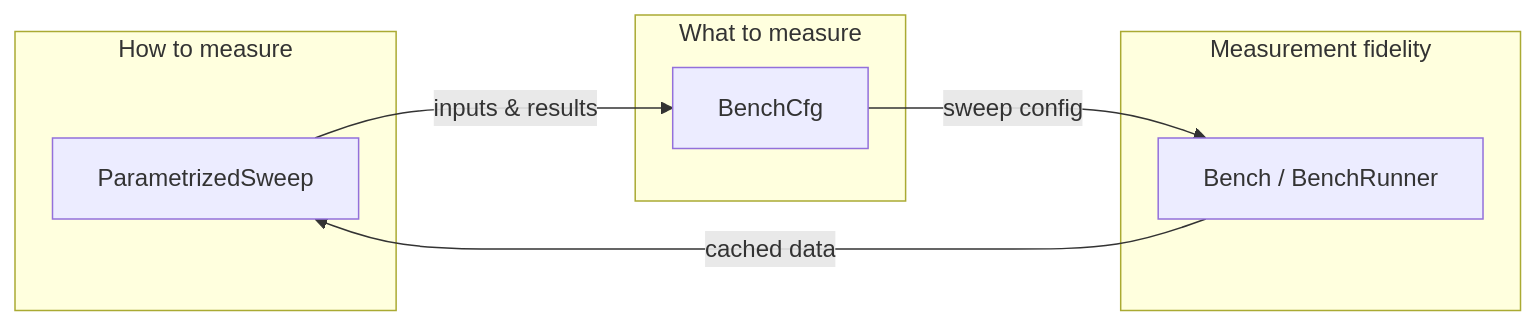
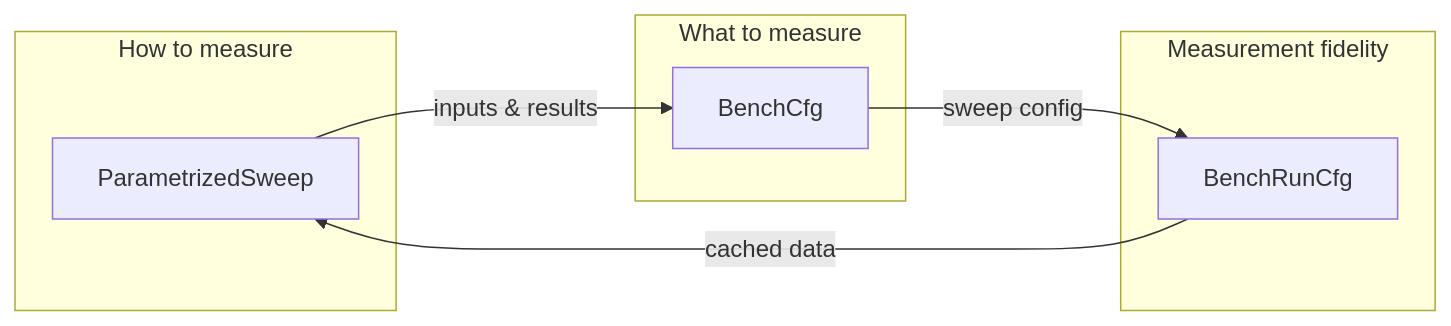
The diagram in docs/concepts.md (blooop/bencher), drawn with Mermaid before and after one commit. The commit also changed other lines of this file, not shown here.

Commit message:
docs: fix component 3 to BenchRunCfg for measurement fidelity

````diff
--- a/docs/concepts.md
+++ b/docs/concepts.md
@@ -49,16 +49,16 @@
 ```{mermaid}
 flowchart LR
     subgraph How ["How to measure"]
         A[ParametrizedSweep]
     end
     subgraph What ["What to measure"]
         B[BenchCfg]
     end
     subgraph Fidelity ["Measurement fidelity"]
-        C[Bench / BenchRunner]
+        C[BenchRunCfg]
     end
 
     A -- "inputs & results" --> B
     B -- "sweep config" --> C
     C -- "cached data" --> A
 ```
````
